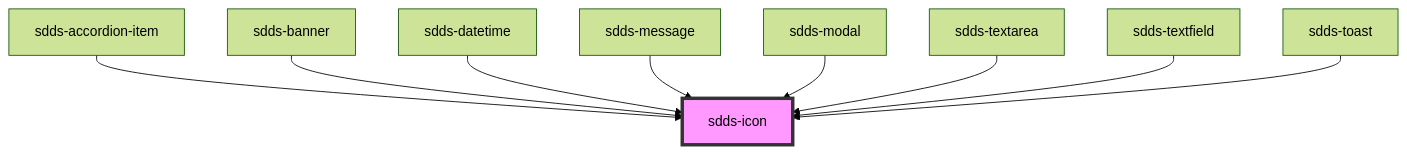
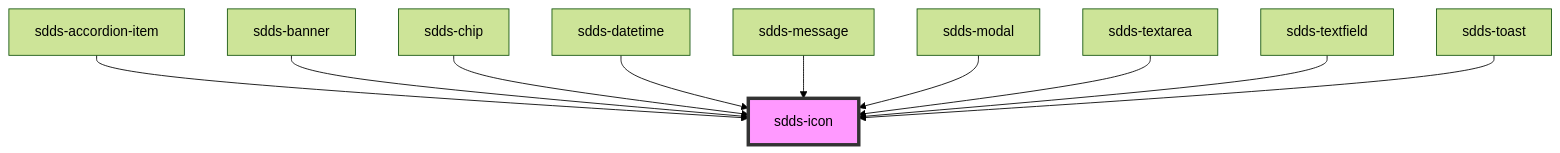
Before and after one commit to scania-digital-design-system/sdds: the diagram in tegel/src/components/icon/readme.md, drawn with Mermaid (forest theme). The commit also changed other lines of this file and 8 other files, not shown here.

````diff
--- a/tegel/src/components/icon/readme.md
+++ b/tegel/src/components/icon/readme.md
@@ -30,12 +31,13 @@
 ```mermaid
 graph TD;
   sdds-accordion-item --> sdds-icon
   sdds-banner --> sdds-icon
+  sdds-chip --> sdds-icon
   sdds-datetime --> sdds-icon
   sdds-message --> sdds-icon
   sdds-modal --> sdds-icon
   sdds-textarea --> sdds-icon
   sdds-textfield --> sdds-icon
   sdds-toast --> sdds-icon
   style sdds-icon fill:#f9f,stroke:#333,stroke-width:4px
 ```
````
